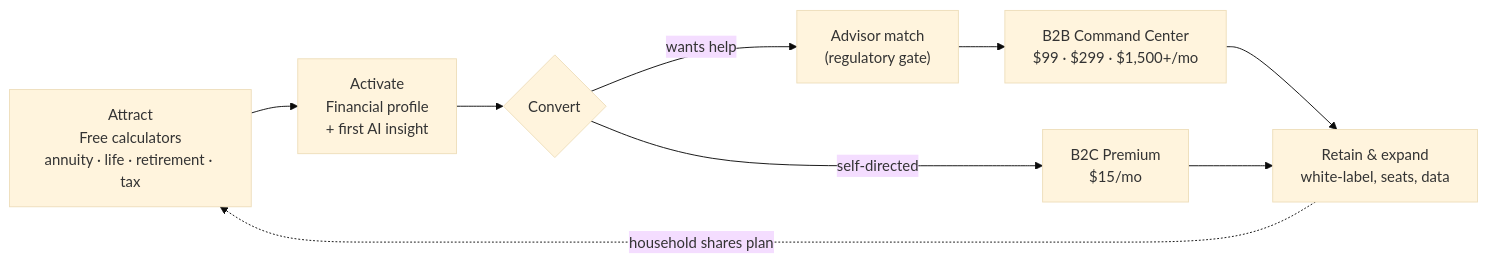
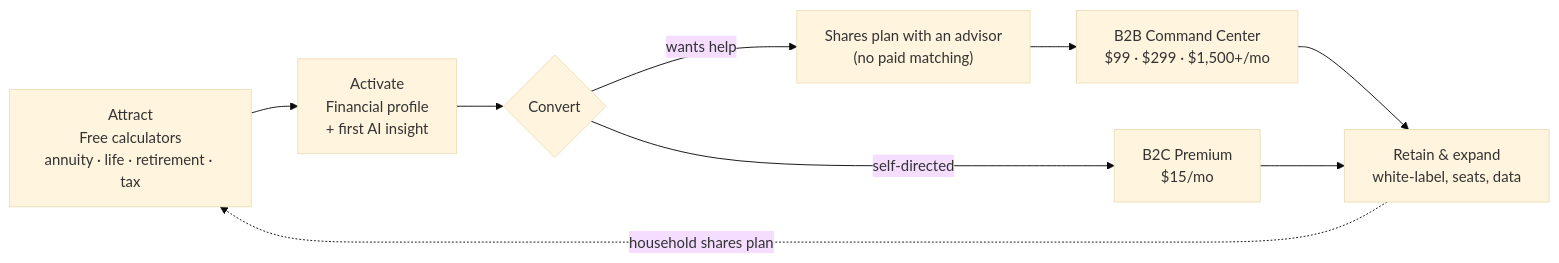
The diagram in README.md (marcusdax/Kimi_Agent_Fiduciary-OS-Business-Blueprint), drawn with Mermaid (base theme) before and after one commit. The commit also changed other lines of this file and 44 other files, not shown here.

````diff
--- a/README.md
+++ b/README.md
@@ -27,11 +27,11 @@
 ```mermaid
 flowchart LR
     A["Attract<br/>Free calculators<br/>annuity · life · retirement · tax"] --> B["Activate<br/>Financial profile<br/>+ first AI insight"]
     B --> C{"Convert"}
     C -->|self-directed| D["B2C Premium<br/>$15/mo"]
-    C -->|wants help| E["Advisor match<br/>(regulatory gate)"]
+    C -->|wants help| E["Shares plan with an advisor<br/>(no paid matching)"]
     E --> F["B2B Command Center<br/>$99 · $299 · $1,500+/mo"]
     F --> G["Retain & expand<br/>white-label, seats, data"]
     D --> G
     G -.->|household shares plan| A
 ```
````
